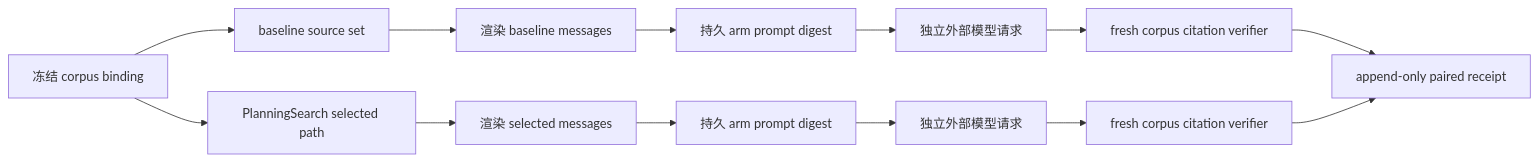
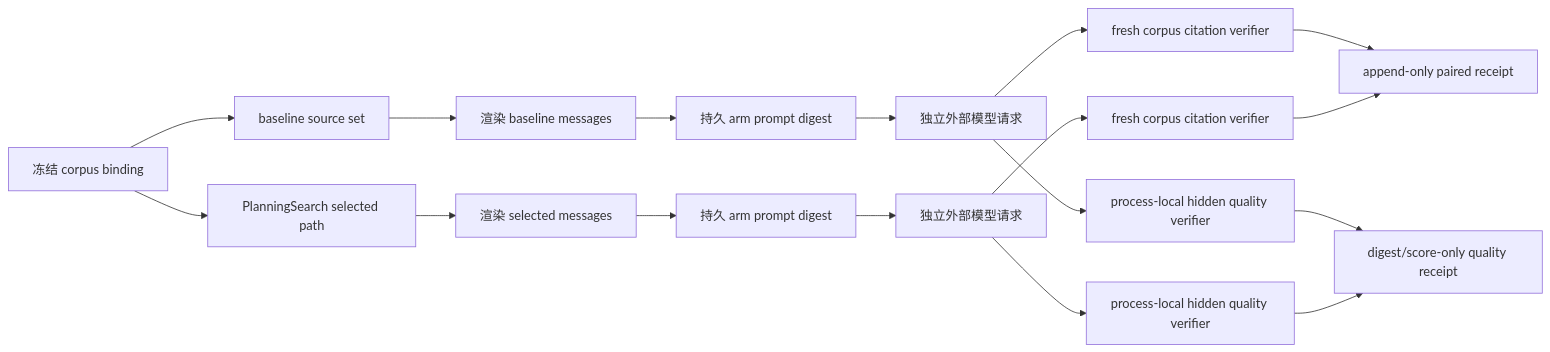
Before and after one commit to SakuraYoruno/Natsume_Ai: diagram 13 of 13 in docs/50_project/arch/DATA_FLOW_ARCHITECTURE.md, drawn with Mermaid. The commit also changed other lines of this file and 13 other files, not shown here.

````diff
--- a/docs/50_project/arch/DATA_FLOW_ARCHITECTURE.md
+++ b/docs/50_project/arch/DATA_FLOW_ARCHITECTURE.md
@@ -324,15 +324,19 @@
 ```mermaid
 flowchart LR
     C["冻结 corpus binding"] --> B["baseline source set"]
     C --> S["PlanningSearch selected path"]
     B --> PB["渲染 baseline messages"]
     S --> PS["渲染 selected messages"]
     PB --> DB["持久 arm prompt digest"]
     PS --> DS["持久 arm prompt digest"]
     DB --> MB["独立外部模型请求"]
     DS --> MS["独立外部模型请求"]
     MB --> VB["fresh corpus citation verifier"]
     MS --> VS["fresh corpus citation verifier"]
+    MB --> QB["process-local hidden quality verifier"]
+    MS --> QS["process-local hidden quality verifier"]
     VB --> L["append-only paired receipt"]
     VS --> L
+    QB --> QL["digest/score-only quality receipt"]
+    QS --> QL
 ```
````
